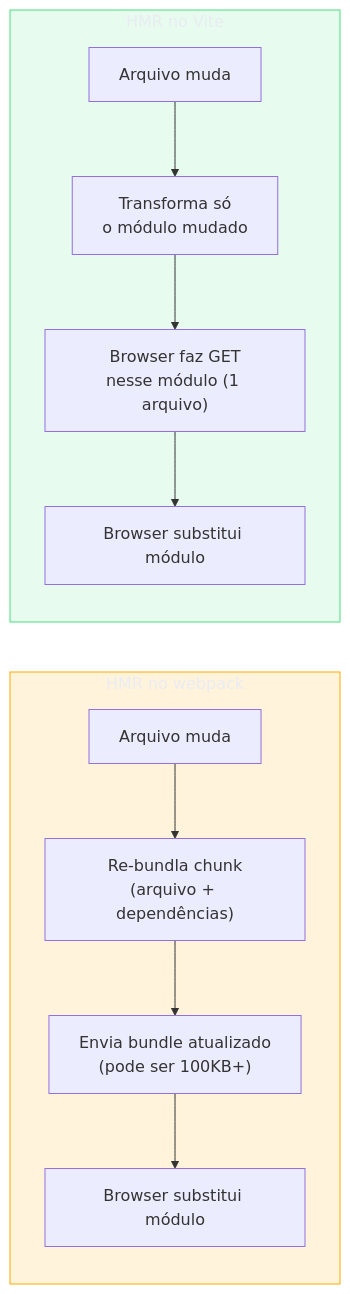
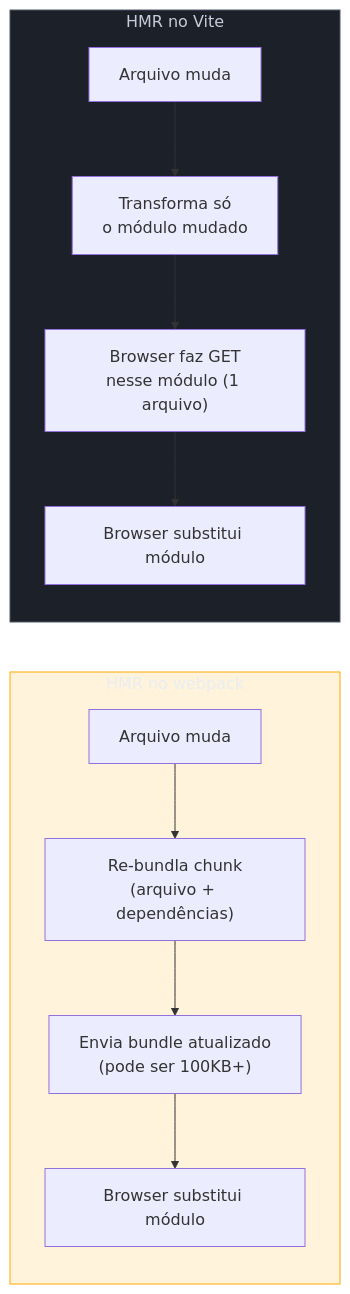
The fifth of 9 diagrams in 03-Dominios/Tecnologia/Tooling e Build/09 - Dev server e HMR.md (josenaldo/codex-technomanticus), drawn with Mermaid before and after one commit. The commit also changed other lines of this file and 601 other files, not shown here.

````diff
--- a/03-Dominios/Tecnologia/Tooling e Build/09 - Dev server e HMR.md
+++ b/03-Dominios/Tecnologia/Tooling e Build/09 - Dev server e HMR.md
@@ -175,23 +175,23 @@
 ```mermaid
 graph LR
+    classDef neutro fill:#1B2029,stroke:#4E5666,color:#C6CCD8
     classDef destaque fill:#FFAA0024,stroke:#FFAA00,color:#E9ECF2
-    classDef ok fill:#4ADE8021,stroke:#4ADE80,color:#E9ECF2
     subgraph WEBPACK["HMR no webpack"]
         W1["Arquivo muda"]
         W2["Re-bundla chunk\n(arquivo + dependências)"]
         W3["Envia bundle atualizado\n(pode ser 100KB+)"]
         W4["Browser substitui módulo"]
         W1 --> W2 --> W3 --> W4
     end
 
     subgraph VITE["HMR no Vite"]
         V1["Arquivo muda"]
         V2["Transforma só\no módulo mudado"]
         V3["Browser faz GET\nnesse módulo (1 arquivo)"]
         V4["Browser substitui módulo"]
         V1 --> V2 --> V3 --> V4
     end
 
     class WEBPACK destaque
-    class VITE ok
+    class VITE neutro
 ```
````
